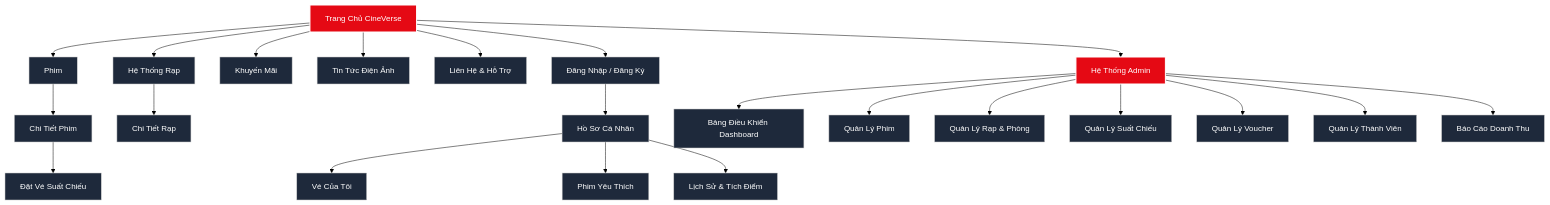
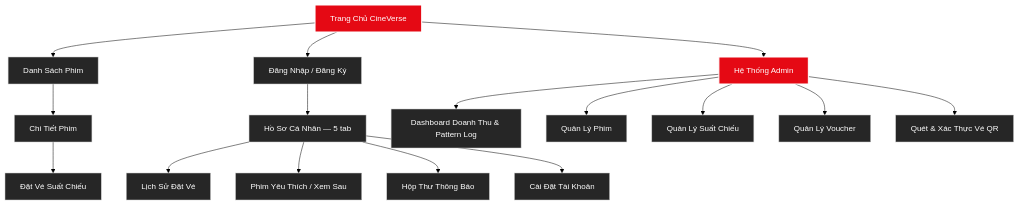
Before and after one commit to phidanghai-spec/Cinema-Management-System: the first of 3 diagrams in UI_UX_MASTER_PLAN.md, drawn with Mermaid (forest theme). The commit also changed other lines of this file and 2 other files, not shown here.

````diff
--- a/UI_UX_MASTER_PLAN.md
+++ b/UI_UX_MASTER_PLAN.md
@@ -28,36 +37,25 @@
 ```mermaid
 graph TD
-    classDef main fill:#E50914,stroke:#fff,stroke-width:2px,color:#fff;
-    classDef sub fill:#1E293B,stroke:#ccc,stroke-width:1px,color:#fff;
-    
+    classDef main fill:#e50914,stroke:#fff,stroke-width:2px,color:#fff;
+    classDef sub fill:#262626,stroke:#ccc,stroke-width:1px,color:#fff;
+
     Home[Trang Chủ CineVerse]:::main
-    
-    %% Phân hệ Khách hàng
-    Home --> Movies[Phim]:::sub
+
+    Home --> Movies[Danh Sách Phim]:::sub
     Movies --> MovieDetail[Chi Tiết Phim]:::sub
     MovieDetail --> Booking[Đặt Vé Suất Chiếu]:::sub
-    
-    Home --> Cinemas[Hệ Thống Rạp]:::sub
-    Cinemas --> CinemaDetail[Chi Tiết Rạp]:::sub
-    
-    Home --> Promotions[Khuyến Mãi]:::sub
-    Home --> News[Tin Tức Điện Ảnh]:::sub
-    Home --> Contact[Liên Hệ & Hỗ Trợ]:::sub
-    
-    %% Đăng nhập & Cá nhân
+
     Home --> Auth[Đăng Nhập / Đăng Ký]:::sub
-    Auth --> Profile[Hồ Sơ Cá Nhân]:::sub
-    Profile --> MyTickets[Vé Của Tôi]:::sub
-    Profile --> Favorites[Phim Yêu Thích]:::sub
-    Profile --> History[Lịch Sử & Tích Điểm]:::sub
-    
-    %% Phân hệ Quản trị
+    Auth --> Profile[Hồ Sơ Cá Nhân — 5 tab]:::sub
+    Profile --> MyTickets[Lịch Sử Đặt Vé]:::sub
+    Profile --> Favorites[Phim Yêu Thích / Xem Sau]:::sub
+    Profile --> Inbox[Hộp Thư Thông Báo]:::sub
+    Profile --> Settings[Cài Đặt Tài Khoản]:::sub
+
     Home --> Admin[Hệ Thống Admin]:::main
-    Admin --> AdminDash[Bảng Điều Khiển Dashboard]:::sub
+    Admin --> AdminDash[Dashboard Doanh Thu & Pattern Log]:::sub
     Admin --> ManageMovie[Quản Lý Phim]:::sub
-    Admin --> ManageCinema[Quản Lý Rạp & Phòng]:::sub
     Admin --> ManageShowtime[Quản Lý Suất Chiếu]:::sub
-    Admin --> ManagePromo[Quản Lý Voucher]:::sub
-    Admin --> ManageCustomer[Quản Lý Thành Viên]:::sub
-    Admin --> ManageReports[Báo Cáo Doanh Thu]:::sub
+    Admin --> ManageVoucher[Quản Lý Voucher]:::sub
+    Admin --> VerifyTicket[Quét & Xác Thực Vé QR]:::sub
 ```
````
